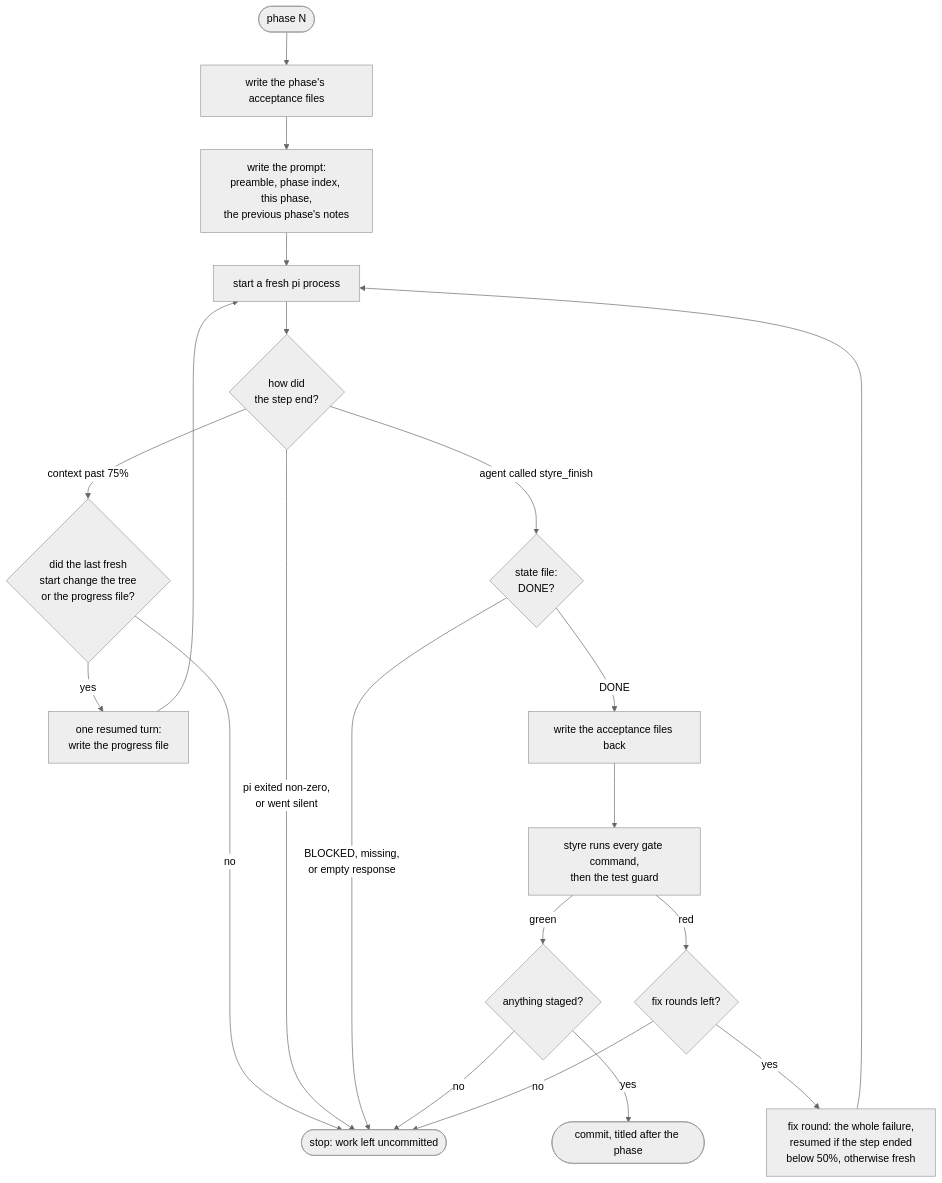
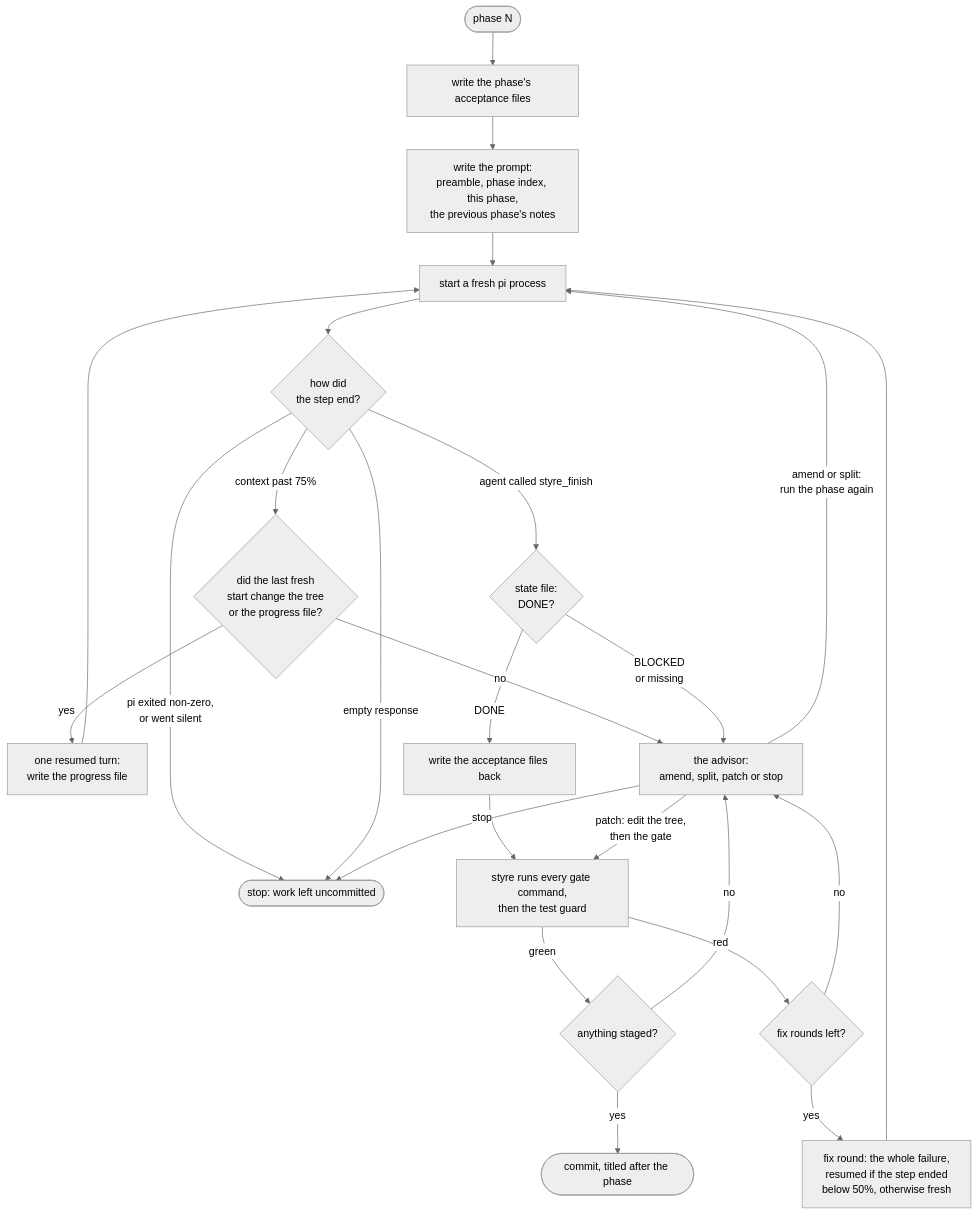
The second of 4 diagrams in docs/architecture.md (woutersm/styre), drawn with Mermaid (neutral theme) before and after one commit. The commit also changed other lines of this file and 6 other files, not shown here.

````diff
--- a/docs/architecture.md
+++ b/docs/architecture.md
@@ -67,23 +70,28 @@
 ```mermaid
 flowchart TD
     start([phase N]) --> accept0["write the phase's acceptance files"]
     accept0 --> prompt["write the prompt:<br/>preamble, phase index, this phase,<br/>the previous phase's notes"]
     prompt --> step["start a fresh pi process"]
     step --> ended{"how did<br/>the step end?"}
     ended -- "context past 75%" --> relays{"did the last fresh<br/>start change the tree<br/>or the progress file?"}
     relays -- yes --> handoff["one resumed turn:<br/>write the progress file"]
     handoff --> step
-    relays -- no --> stop
-    ended -- "pi exited non-zero,<br/>or went silent" --> stop
+    relays -- no --> advisor
+    ended -- "pi exited non-zero,<br/>or went silent" --> stop(["stop: work left uncommitted"])
+    ended -- "empty response" --> stop
     ended -- "agent called styre_finish" --> state{"state file:<br/>DONE?"}
-    state -- "BLOCKED, missing,<br/>or empty response" --> stop
+    state -- "BLOCKED<br/>or missing" --> advisor
     state -- DONE --> accept["write the acceptance files back"]
     accept --> gate["styre runs every gate command,<br/>then the test guard"]
     gate -- green --> diff{"anything staged?"}
     diff -- yes --> commit(["commit, titled after the phase"])
-    diff -- no --> stop
+    diff -- no --> advisor
     gate -- red --> retries{"fix rounds left?"}
     retries -- yes --> fix["fix round: the whole failure,<br/>resumed if the step ended<br/>below 50%, otherwise fresh"]
     fix --> step
-    retries -- no --> stop(["stop: work left uncommitted"])
+    retries -- no --> advisor
+    advisor["the advisor:<br/>amend, split, patch or stop"]
+    advisor -- "amend or split:<br/>run the phase again" --> step
+    advisor -- "patch: edit the tree,<br/>then the gate" --> gate
+    advisor -- "stop" --> stop
 ```
````
